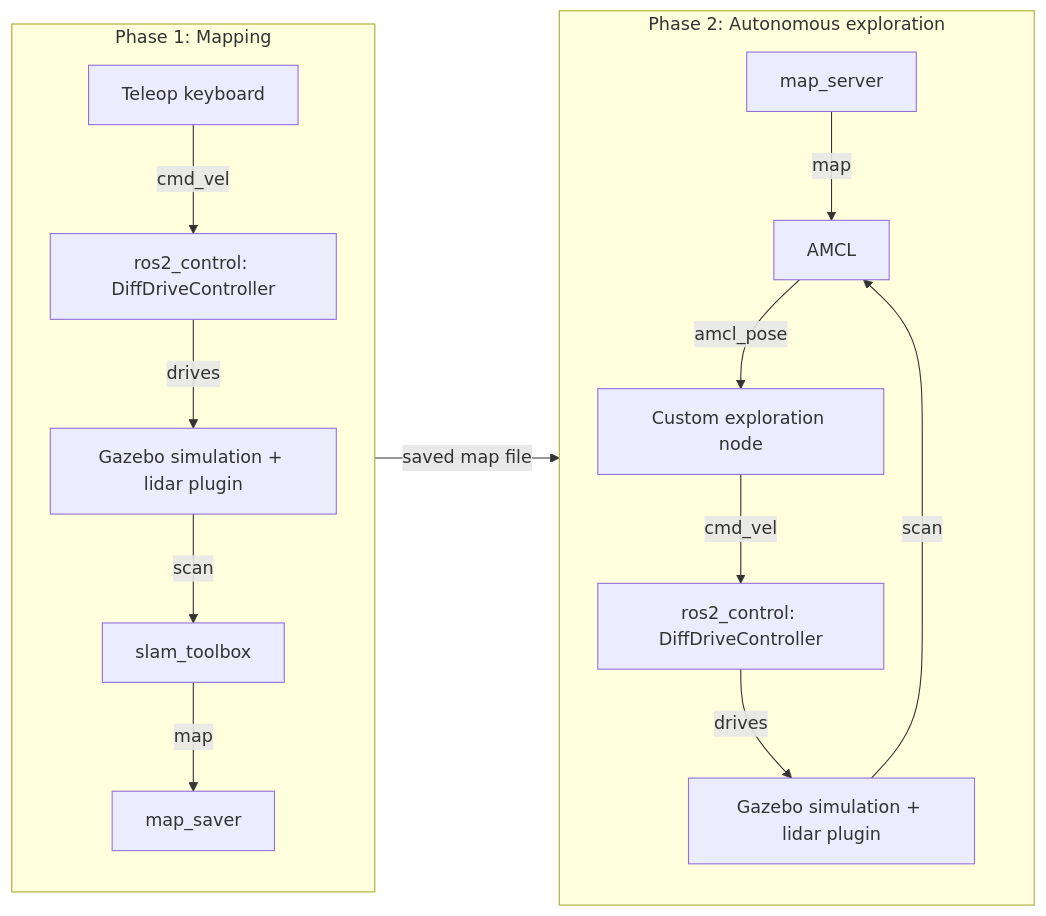
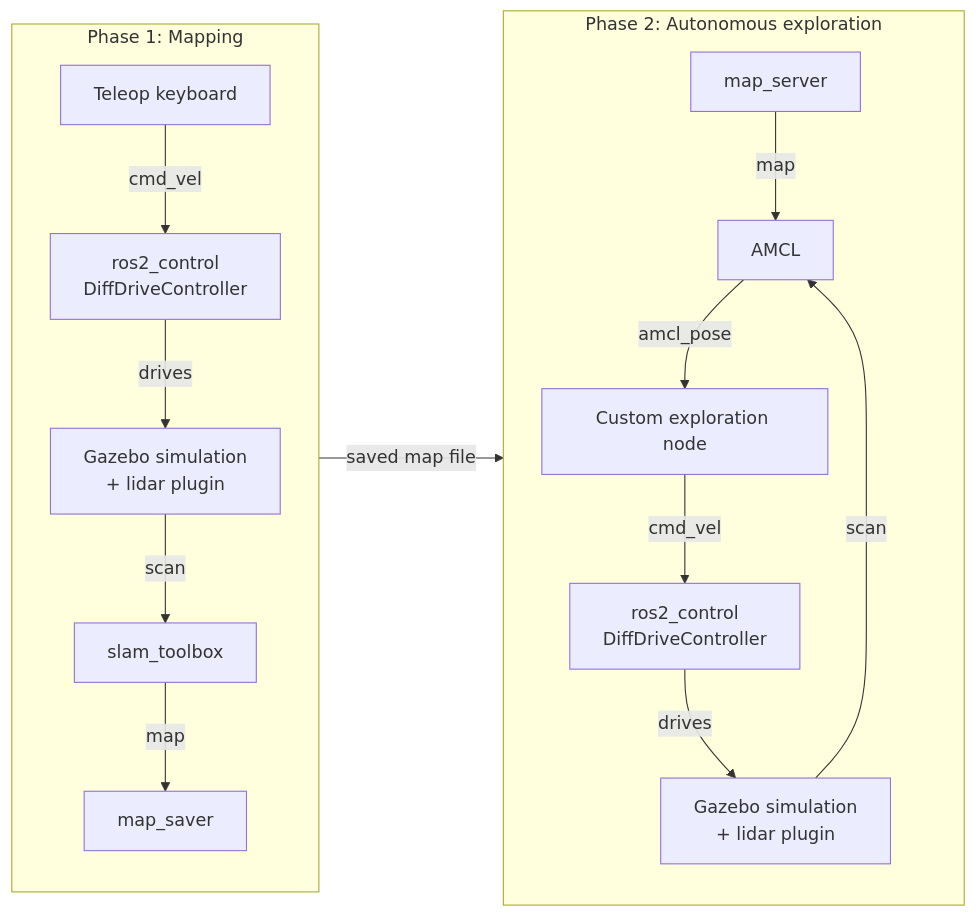
Before and after one commit to PenguinInTheSky/Penguin: the diagram in README.md, drawn with Mermaid.

Commit message:
readme fix overflow boxes

````diff
--- a/README.md
+++ b/README.md
@@ -23,21 +23,21 @@
 ```mermaid
 flowchart LR
     subgraph P1["Phase 1: Mapping"]
         direction TB
-        A1["Teleop keyboard"] -->|cmd_vel| B1["ros2_control: DiffDriveController"]
-        B1 -->|drives| C1["Gazebo simulation + lidar plugin"]
+        A1["Teleop keyboard"] -->|cmd_vel| B1["ros2_control<br/>DiffDriveController"]
+        B1 -->|drives| C1["Gazebo simulation<br/>+ lidar plugin"]
         C1 -->|scan| D1["slam_toolbox"]
         D1 -->|map| E1["map_saver"]
     end
 
     subgraph P2["Phase 2: Autonomous exploration"]
         direction TB
         F2["map_server"] -->|map| G2["AMCL"]
-        C2["Gazebo simulation + lidar plugin"] -->|scan| G2
+        C2["Gazebo simulation<br/>+ lidar plugin"] -->|scan| G2
         G2 -->|amcl_pose| H2["Custom exploration node"]
-        H2 -->|cmd_vel| B2["ros2_control: DiffDriveController"]
+        H2 -->|cmd_vel| B2["ros2_control<br/>DiffDriveController"]
         B2 -->|drives| C2
     end
 
     E1 -->|saved map file| F2
 ```
````
